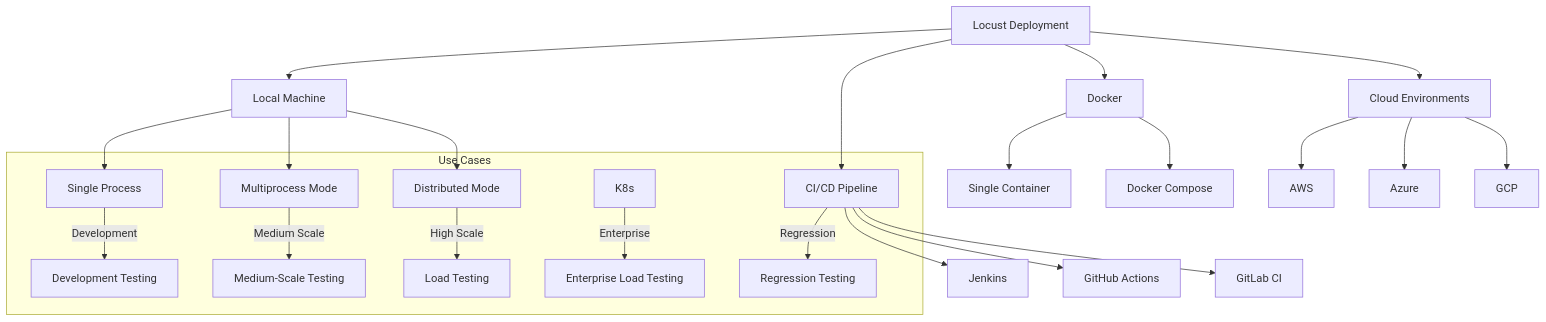
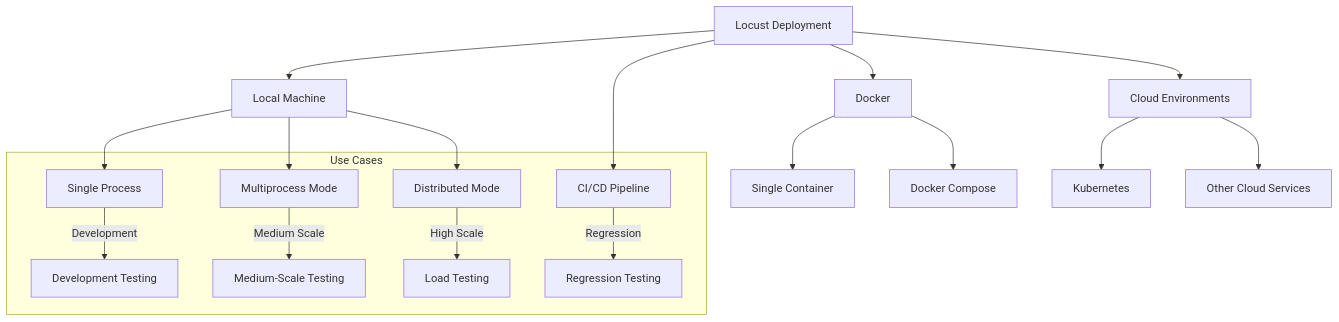
Before and after one commit to locustio/locust: the first of 4 diagrams in docs-md/deployment_guide.md, drawn with Mermaid. The commit also changed other lines of this file and 9 other files, not shown here.

````diff
--- a/docs-md/deployment_guide.md
+++ b/docs-md/deployment_guide.md
@@ -7,30 +7,24 @@
 ```mermaid
 flowchart TD
     Locust[Locust Deployment] --> Local[Local Machine]
     Locust --> Docker[Docker]
     Locust --> Cloud[Cloud Environments]
     Locust --> CI[CI/CD Pipeline]
     
     Local --> SingleProcess[Single Process]
     Local --> Multiprocess[Multiprocess Mode]
     Local --> Distributed[Distributed Mode]
     
     Docker --> SingleContainer[Single Container]
     Docker --> Compose[Docker Compose]
     
-    Cloud --> AWS[AWS]
-    Cloud --> Azure[Azure]
-    Cloud --> GCP[GCP]
-    
-    CI --> Jenkins[Jenkins]
-    CI --> GitHubActions[GitHub Actions]
-    CI --> GitLabCI[GitLab CI]
+    Cloud --> K8s[Kubernetes]
+    Cloud --> CloudGeneric[Other Cloud Services]
     
     subgraph "Use Cases"
         SingleProcess --> |Development| Dev[Development Testing]
         Multiprocess --> |Medium Scale| MediumTest[Medium-Scale Testing]
         Distributed --> |High Scale| LoadTest[Load Testing]
-        K8s --> |Enterprise| EnterpriseLoad[Enterprise Load Testing]
         CI --> |Regression| RegTest[Regression Testing]
     end
 ```
````
